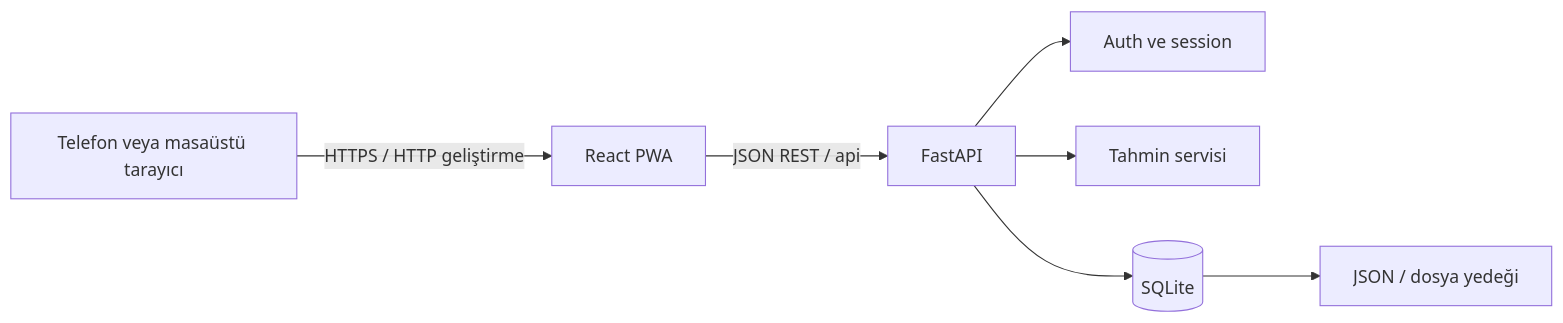
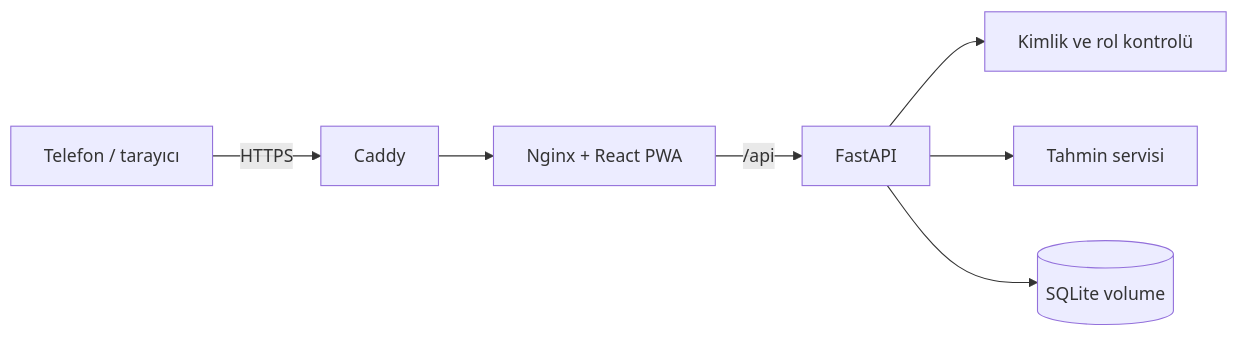
One commit to aaayseee/period-tracker changed the diagram in docs/ARCHITECTURE.md. Above: the diagram before and after it, drawn with Mermaid. The commit also changed other lines of this file and 19 other files, not shown here.

````diff
--- a/docs/ARCHITECTURE.md
+++ b/docs/ARCHITECTURE.md
@@ -11,9 +7,9 @@
 ```mermaid
 flowchart LR
-    U[Telefon veya masaüstü tarayıcı] -->|HTTPS / HTTP geliştirme| F[React PWA]
-    F -->|JSON REST / api| A[FastAPI]
-    A --> AU[Auth ve session]
+    U[Telefon / tarayıcı] -->|HTTPS| C[Caddy]
+    C --> N[Nginx + React PWA]
+    N -->|/api| A[FastAPI]
+    A --> AU[Kimlik ve rol kontrolü]
     A --> PR[Tahmin servisi]
-    A --> DB[(SQLite)]
-    DB --> B[JSON / dosya yedeği]
+    A --> DB[(SQLite volume)]
 ```
````
